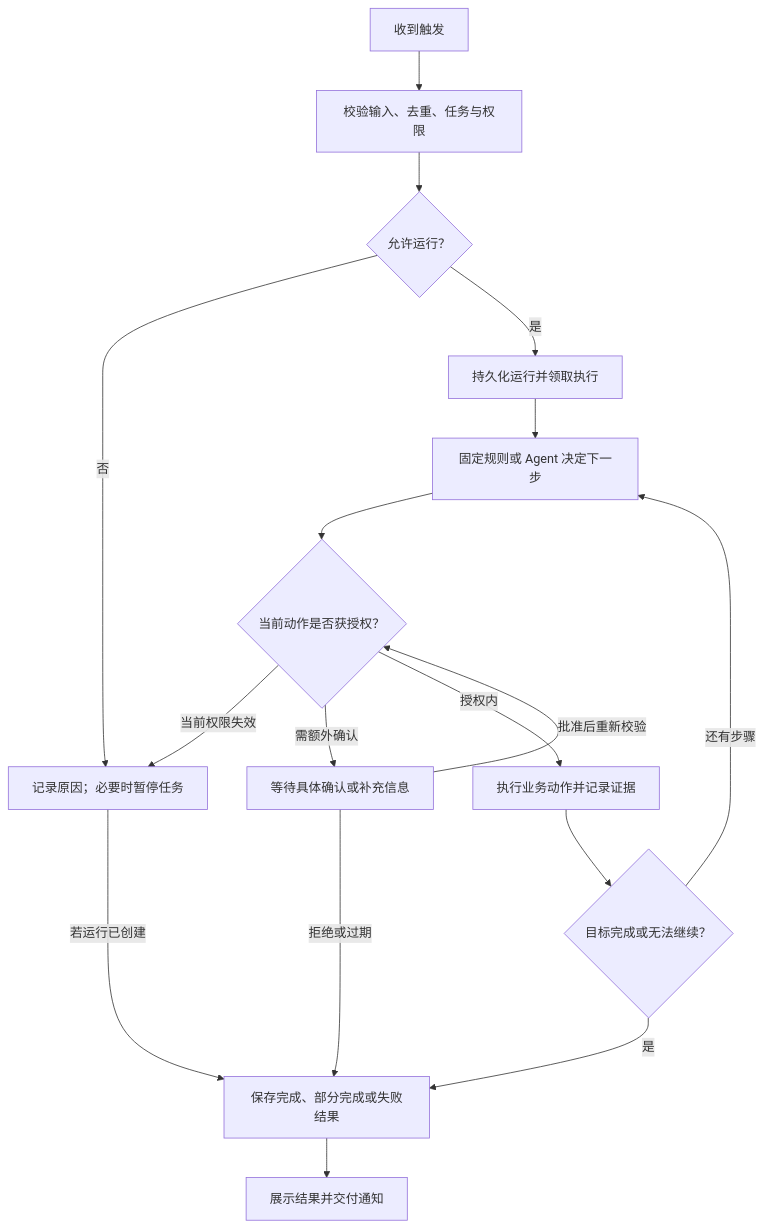
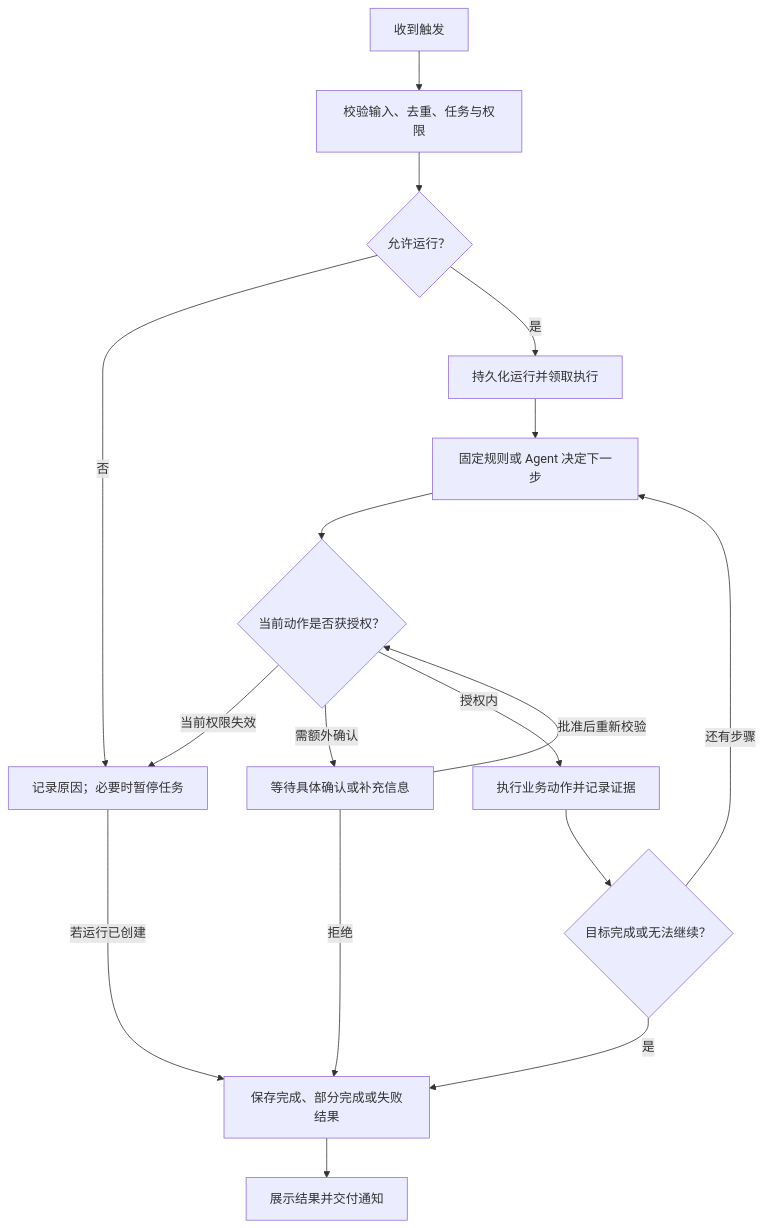
The second of 2 diagrams in docs/OPERATIONS.md (tans/miao), drawn with Mermaid before and after one commit. The commit also changed other lines of this file and 22 other files, not shown here.

````diff
--- a/docs/OPERATIONS.md
+++ b/docs/OPERATIONS.md
@@ -361,26 +405,26 @@
 ```mermaid
 flowchart TD
     START["收到触发"]
     CHECK["校验输入、去重、任务与权限"]
     READY{"允许运行？"}
     STOP["记录原因；必要时暂停任务"]
     RUN["持久化运行并领取执行"]
     PLAN["固定规则或 Agent 决定下一步"]
     AUTH{"当前动作是否获授权？"}
     WAIT["等待具体确认或补充信息"]
     EXEC["执行业务动作并记录证据"]
     DONE{"目标完成或无法继续？"}
     SAVE["保存完成、部分完成或失败结果"]
     DELIVER["展示结果并交付通知"]
     START --> CHECK --> READY
     READY -->|否| STOP
     READY -->|是| RUN --> PLAN --> AUTH
     AUTH -->|当前权限失效| STOP
     AUTH -->|需额外确认| WAIT
     WAIT -->|批准后重新校验| AUTH
-    WAIT -->|拒绝或过期| SAVE
+    WAIT -->|拒绝| SAVE
     AUTH -->|授权内| EXEC --> DONE
     DONE -->|还有步骤| PLAN
     DONE -->|是| SAVE --> DELIVER
     STOP -->|若运行已创建| SAVE
 ```
````
